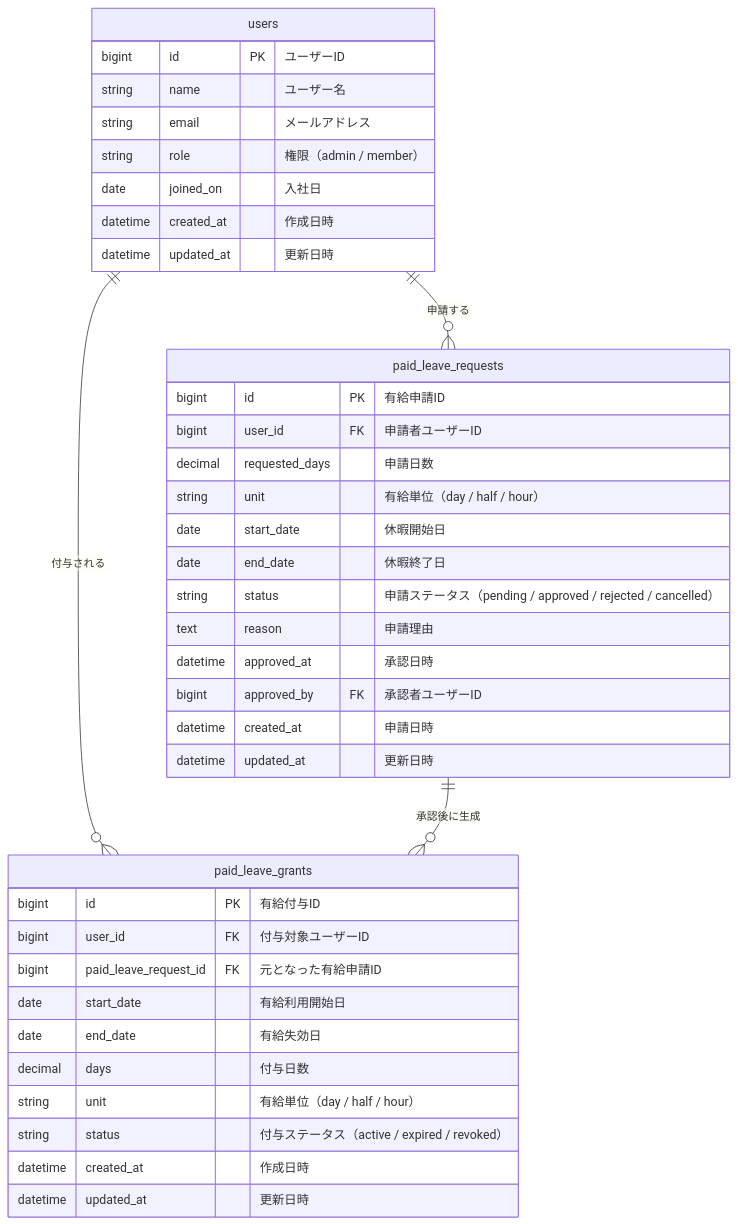
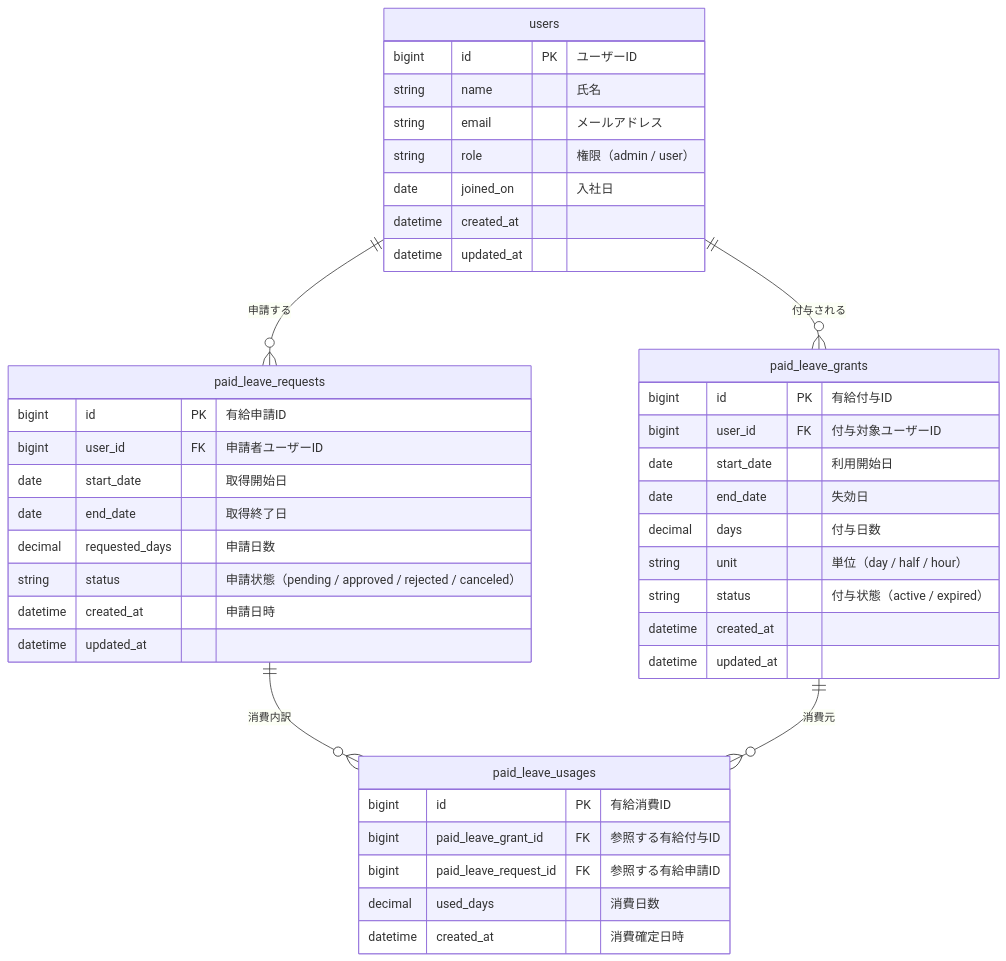
Before and after one commit to ogatamegumi/paid-leave-app: the diagram in README.md, drawn with Mermaid. The commit also changed other lines of this file and 1 other file, not shown here.

Commit message:
リンクテーブル（有給付与&申請の使用履歴を管理するテーブル）のマイグレーション追加、ER図更新

````diff
--- a/README.md
+++ b/README.md
@@ -3,45 +3,49 @@
 ```mermaid
 erDiagram
     users {
         bigint id PK "ユーザーID"
-        string name "ユーザー名"
+        string name "氏名"
         string email "メールアドレス"
-        string role "権限（admin / member）"
+        string role "権限（admin / user）"
         date joined_on "入社日"
-        datetime created_at "作成日時"
-        datetime updated_at "更新日時"
+        datetime created_at
+        datetime updated_at
     }
 
     paid_leave_requests {
         bigint id PK "有給申請ID"
         bigint user_id FK "申請者ユーザーID"
+        date start_date "取得開始日"
+        date end_date "取得終了日"
         decimal requested_days "申請日数"
-        string unit "有給単位（day / half / hour）"
-        date start_date "休暇開始日"
-        date end_date "休暇終了日"
-        string status "申請ステータス（pending / approved / rejected / cancelled）"
-        text reason "申請理由"
-        datetime approved_at "承認日時"
-        bigint approved_by FK "承認者ユーザーID"
+        string status "申請状態（pending / approved / rejected / canceled）"
         datetime created_at "申請日時"
-        datetime updated_at "更新日時"
+        datetime updated_at
     }
 
     paid_leave_grants {
         bigint id PK "有給付与ID"
         bigint user_id FK "付与対象ユーザーID"
-        bigint paid_leave_request_id FK "元となった有給申請ID"
-        date start_date "有給利用開始日"
-        date end_date "有給失効日"
+        date start_date "利用開始日"
+        date end_date "失効日"
         decimal days "付与日数"
-        string unit "有給単位（day / half / hour）"
-        string status "付与ステータス（active / expired / revoked）"
-        datetime created_at "作成日時"
-        datetime updated_at "更新日時"
+        string unit "単位（day / half / hour）"
+        string status "付与状態（active / expired）"
+        datetime created_at
+        datetime updated_at
+    }
+
+    paid_leave_usages {
+        bigint id PK "有給消費ID"
+        bigint paid_leave_grant_id FK "参照する有給付与ID"
+        bigint paid_leave_request_id FK "参照する有給申請ID"
+        decimal used_days "消費日数"
+        datetime created_at "消費確定日時"
     }
 
     users ||--o{ paid_leave_requests : "申請する"
     users ||--o{ paid_leave_grants : "付与される"
-    paid_leave_requests ||--o{ paid_leave_grants : "承認後に生成"
 
+    paid_leave_requests ||--o{ paid_leave_usages : "消費内訳"
+    paid_leave_grants ||--o{ paid_leave_usages : "消費元"
 ```
````
